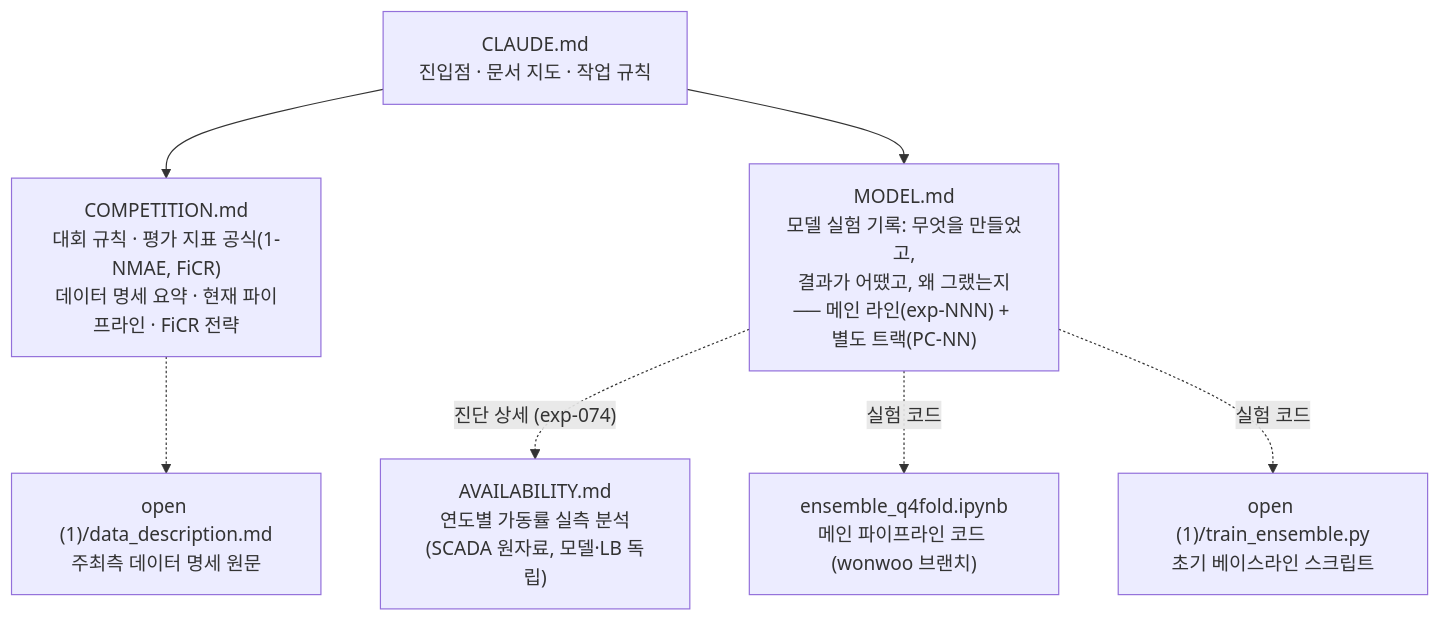
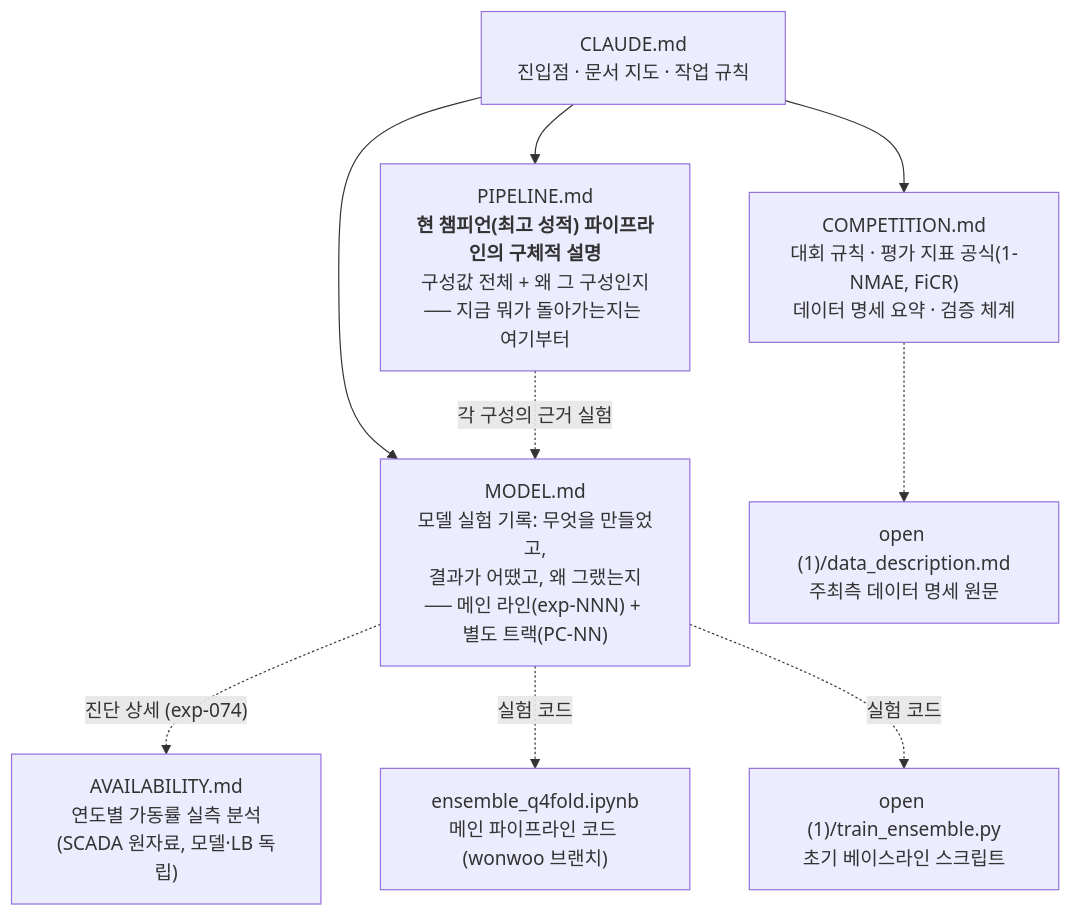
Before and after one commit to 26-BITAmin/Dacon_WindPower: the diagram in CLAUDE.md, drawn with Mermaid. The commit also changed other lines of this file and 81 other files, not shown here.

````diff
--- a/CLAUDE.md
+++ b/CLAUDE.md
@@ -9,16 +9,19 @@
 ```mermaid
 flowchart TD
     CLAUDE["CLAUDE.md<br/>진입점 · 문서 지도 · 작업 규칙"]
-    COMP["COMPETITION.md<br/>대회 규칙 · 평가 지표 공식(1-NMAE, FiCR)<br/>데이터 명세 요약 · 현재 파이프라인 · FiCR 전략"]
+    COMP["COMPETITION.md<br/>대회 규칙 · 평가 지표 공식(1-NMAE, FiCR)<br/>데이터 명세 요약 · 검증 체계"]
+    PIPE["PIPELINE.md<br/><b>현 챔피언(최고 성적) 파이프라인의 구체적 설명</b><br/>구성값 전체 + 왜 그 구성인지<br/>── 지금 뭐가 돌아가는지는 여기부터"]
     MODEL["MODEL.md<br/>모델 실험 기록: 무엇을 만들었고,<br/>결과가 어땠고, 왜 그랬는지<br/>── 메인 라인(exp-NNN) + 별도 트랙(PC-NN)"]
     AVAIL["AVAILABILITY.md<br/>연도별 가동률 실측 분석<br/>(SCADA 원자료, 모델·LB 독립)"]
     DESC["open (1)/data_description.md<br/>주최측 데이터 명세 원문"]
     NB["ensemble_q4fold.ipynb<br/>메인 파이프라인 코드 (wonwoo 브랜치)"]
     BASE["open (1)/train_ensemble.py<br/>초기 베이스라인 스크립트"]
     CLAUDE --> COMP
+    CLAUDE --> PIPE
     CLAUDE --> MODEL
+    PIPE -. 각 구성의 근거 실험 .-> MODEL
     MODEL -. 진단 상세 (exp-074) .-> AVAIL
     COMP -.-> DESC
     MODEL -. 실험 코드 .-> NB
     MODEL -. 실험 코드 .-> BASE
 ```
````
